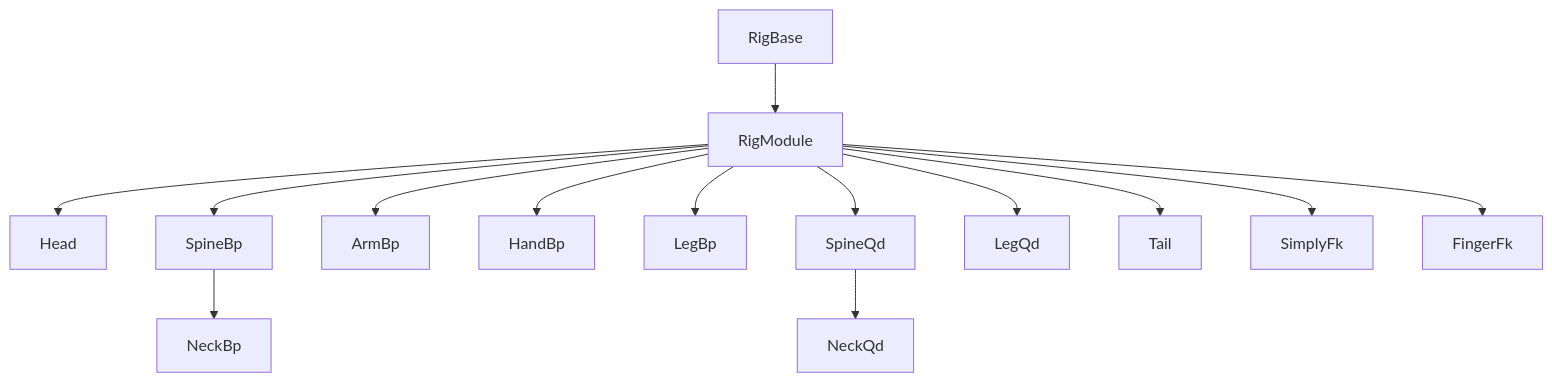
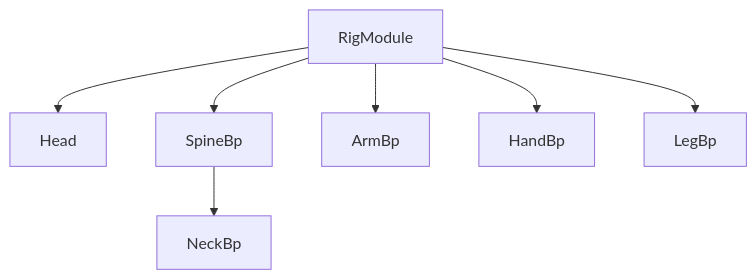
Before and after one commit to nickyliux/nl_rigging_tools: the second of 3 diagrams in README.md, drawn with Mermaid. The commit also changed other lines of this file, not shown here.

````diff
--- a/README.md
+++ b/README.md
@@ -116,16 +116,9 @@
 ```mermaid
 flowchart
-    RigBase --> RigModule
     RigModule --> Head
     RigModule --> SpineBp
     SpineBp --> NeckBp
     RigModule --> ArmBp
     RigModule --> HandBp
     RigModule --> LegBp
-    RigModule --> SpineQd
-    SpineQd --> NeckQd
-    RigModule --> LegQd
-    RigModule --> Tail
-    RigModule --> SimplyFk
-    RigModule --> FingerFk
 ```
````
